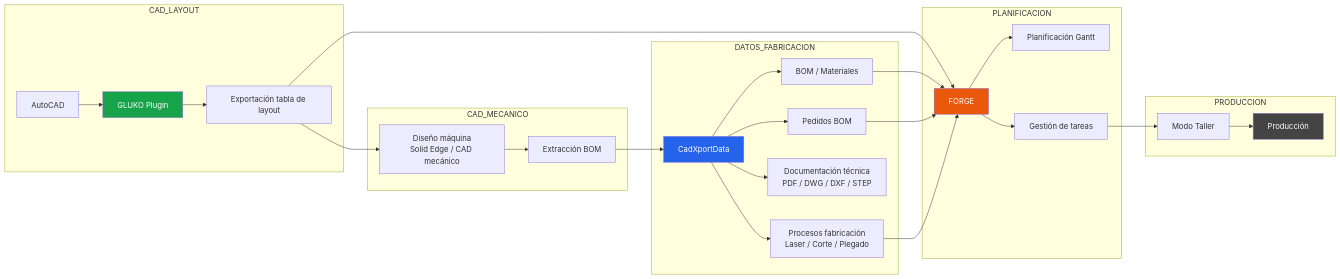
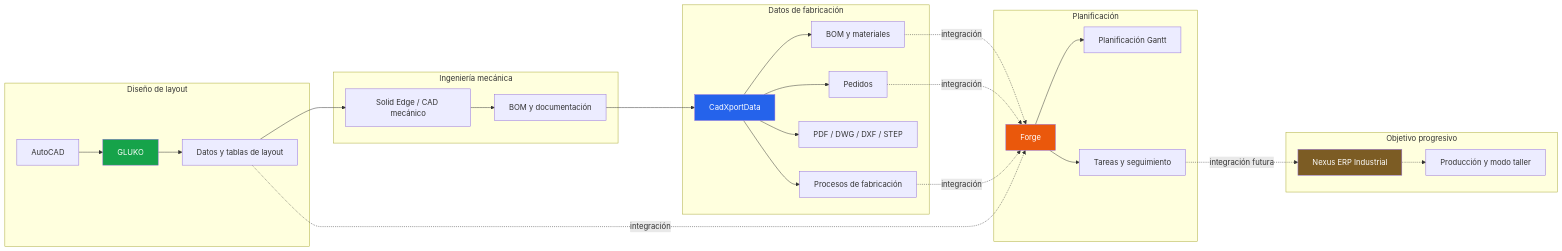
One commit to Megiddo-Source/.github changed the diagram in profile/README.md. Above: the diagram before and after it, drawn with Mermaid. The commit also changed other lines of this file, not shown here.

````diff
--- a/profile/README.md
+++ b/profile/README.md
@@ -64,68 +89,61 @@
 ```mermaid
 flowchart LR
 
-subgraph CAD_LAYOUT
-A[AutoCAD]
-B[GLUKO Plugin]
-C[Exportación tabla de layout]
+subgraph CAD_LAYOUT["Diseño de layout"]
+    A[AutoCAD]
+    B[GLUKO]
+    C[Datos y tablas de layout]
 end
 
-subgraph CAD_MECANICO
-D[Diseño máquina<br/>Solid Edge / CAD mecánico]
-E[Extracción BOM]
+subgraph CAD_MECANICO["Ingeniería mecánica"]
+    D[Solid Edge / CAD mecánico]
+    E[BOM y documentación]
 end
 
-subgraph DATOS_FABRICACION
-F[CadXportData]
-G[BOM / Materiales]
-H[Pedidos BOM]
-I[Documentación técnica<br/>PDF / DWG / DXF / STEP]
-J[Procesos fabricación<br/>Laser / Corte / Plegado]
+subgraph DATOS["Datos de fabricación"]
+    F[CadXportData]
+    G[BOM y materiales]
+    H[Pedidos]
+    I[PDF / DWG / DXF / STEP]
+    J[Procesos de fabricación]
 end
 
-subgraph PLANIFICACION
-K[FORGE]
-L[Planificación Gantt]
-M[Gestión de tareas]
+subgraph PLANIFICACION["Planificación"]
+    K[Forge]
+    L[Planificación Gantt]
+    M[Tareas y seguimiento]
 end
 
-subgraph PRODUCCION
-N[Modo Taller]
-O[Producción]
+subgraph OBJETIVO["Objetivo progresivo"]
+    N[Nexus ERP Industrial]
+    O[Producción y modo taller]
 end
 
 A --> B
 B --> C
 
-%% flujo diseño mecánico
 C --> D
 D --> E
 E --> F
 
-%% flujo proyecto cliente directo
-C --> K
-
-%% gestión datos técnicos
 F --> G
 F --> H
 F --> I
 F --> J
 
-%% entrada planificación
-G --> K
-H --> K
-J --> K
+G -. integración .-> K
+H -. integración .-> K
+J -. integración .-> K
+C -. integración .-> K
 
-%% planificación
 K --> L
 K --> M
 
-%% producción
-M --> N
-N --> O
+M -. integración futura .-> N
+N -.-> O
 
 style B fill:#16a34a,color:#fff
 style F fill:#2563eb,color:#fff
 style K fill:#ea580c,color:#fff
-style O fill:#444,color:#fff
+style N fill:#7c5c24,color:#fff
 ```
````
